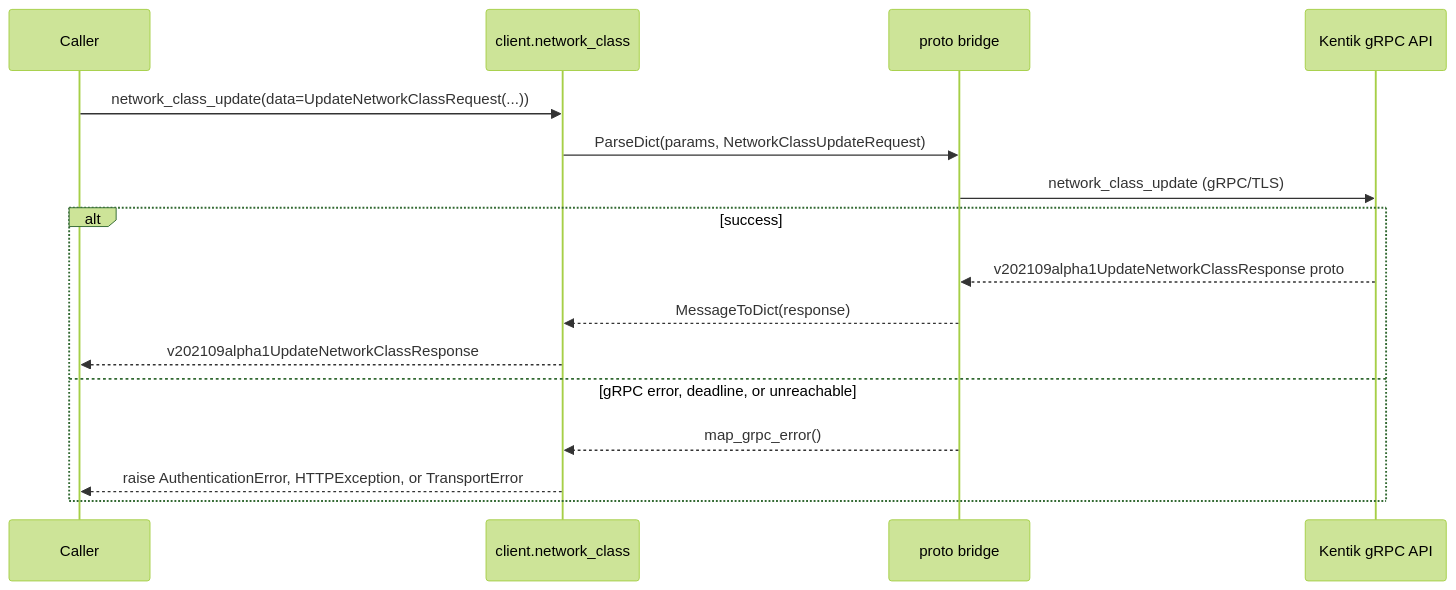
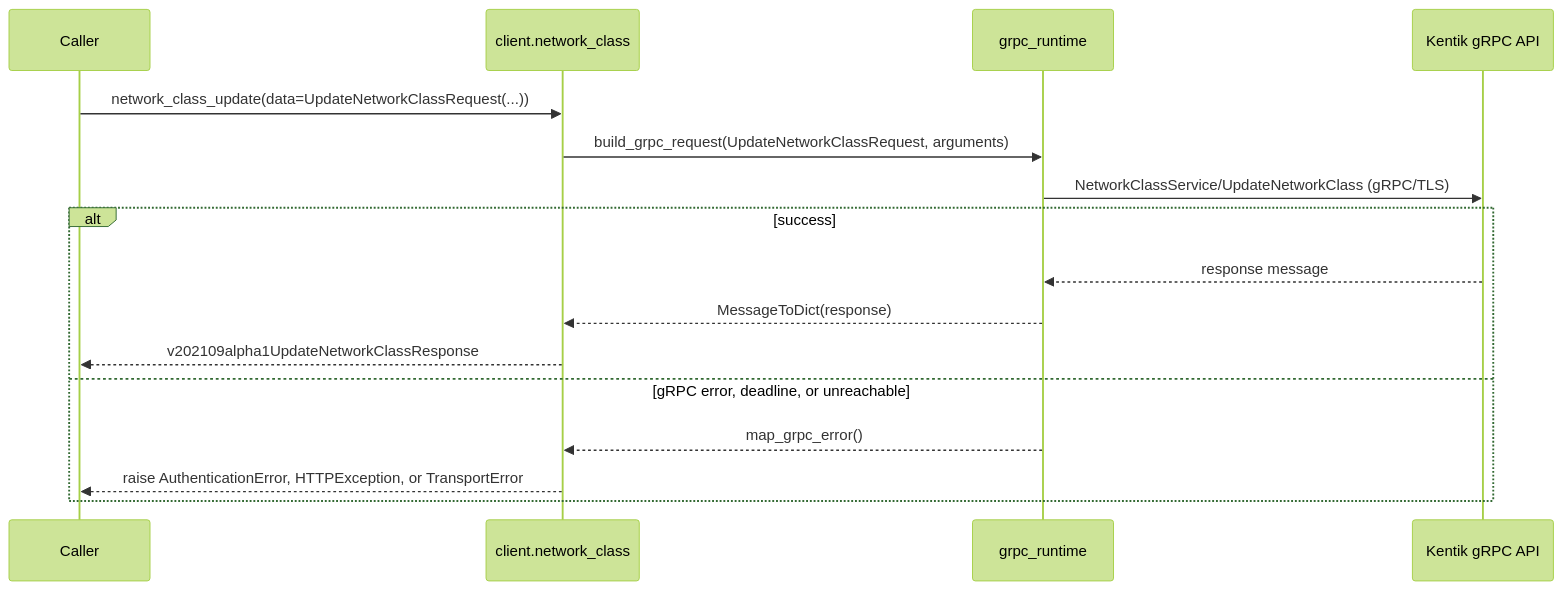
Before and after one commit to alexdearaujo/community_sdk_python: the fifth of 6 diagrams in docs/sphinx/services/network_class.md, drawn with Mermaid (forest theme). The commit also changed other lines of this file and 37 other files, not shown here.

First line of the commit message:
docs: show the real RPC in each service page's gRPC diagram

````diff
--- a/docs/sphinx/services/network_class.md
+++ b/docs/sphinx/services/network_class.md
@@ -127,19 +127,19 @@
 ```mermaid
 sequenceDiagram
     participant C as Caller
     participant W as client.network_class
-    participant B as proto bridge
+    participant R as grpc_runtime
     participant API as Kentik gRPC API
 
     C->>W: network_class_update(data=UpdateNetworkClassRequest(...))
-    W->>B: ParseDict(params, NetworkClassUpdateRequest)
-    B->>API: network_class_update (gRPC/TLS)
+    W->>R: build_grpc_request(UpdateNetworkClassRequest, arguments)
+    R->>API: NetworkClassService/UpdateNetworkClass (gRPC/TLS)
     alt success
-        API-->>B: v202109alpha1UpdateNetworkClassResponse proto
-        B-->>W: MessageToDict(response)
+        API-->>R: response message
+        R-->>W: MessageToDict(response)
         W-->>C: v202109alpha1UpdateNetworkClassResponse
     else gRPC error, deadline, or unreachable
-        B-->>W: map_grpc_error()
+        R-->>W: map_grpc_error()
         W-->>C: raise AuthenticationError, HTTPException, or TransportError
     end
 ```
````
